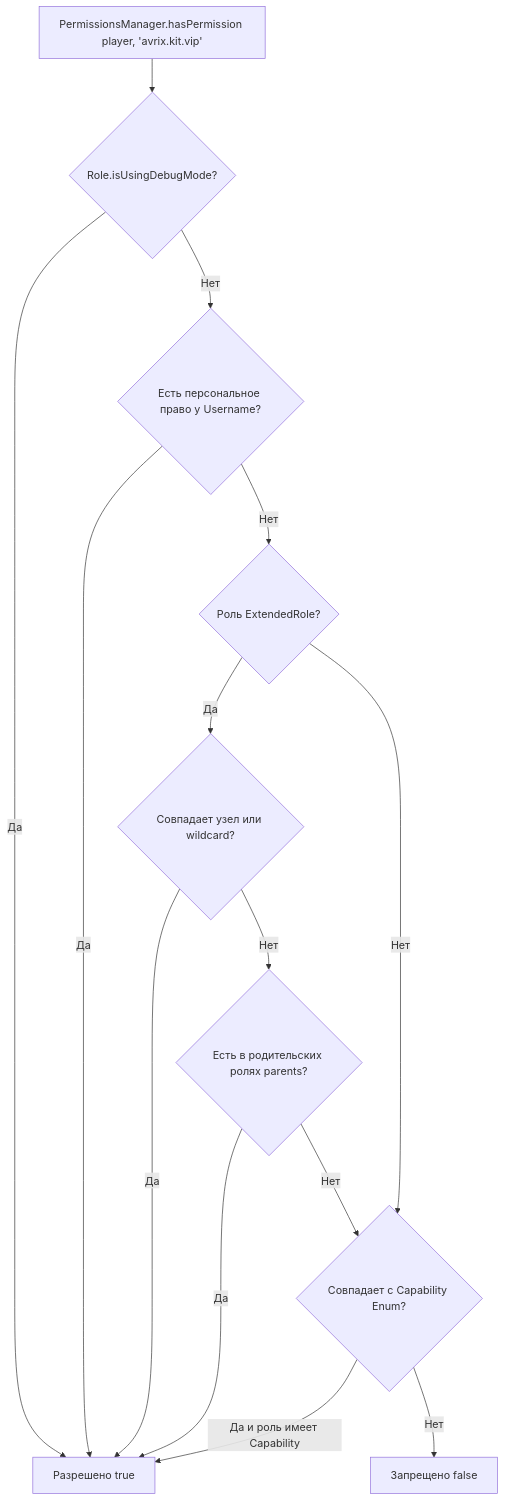
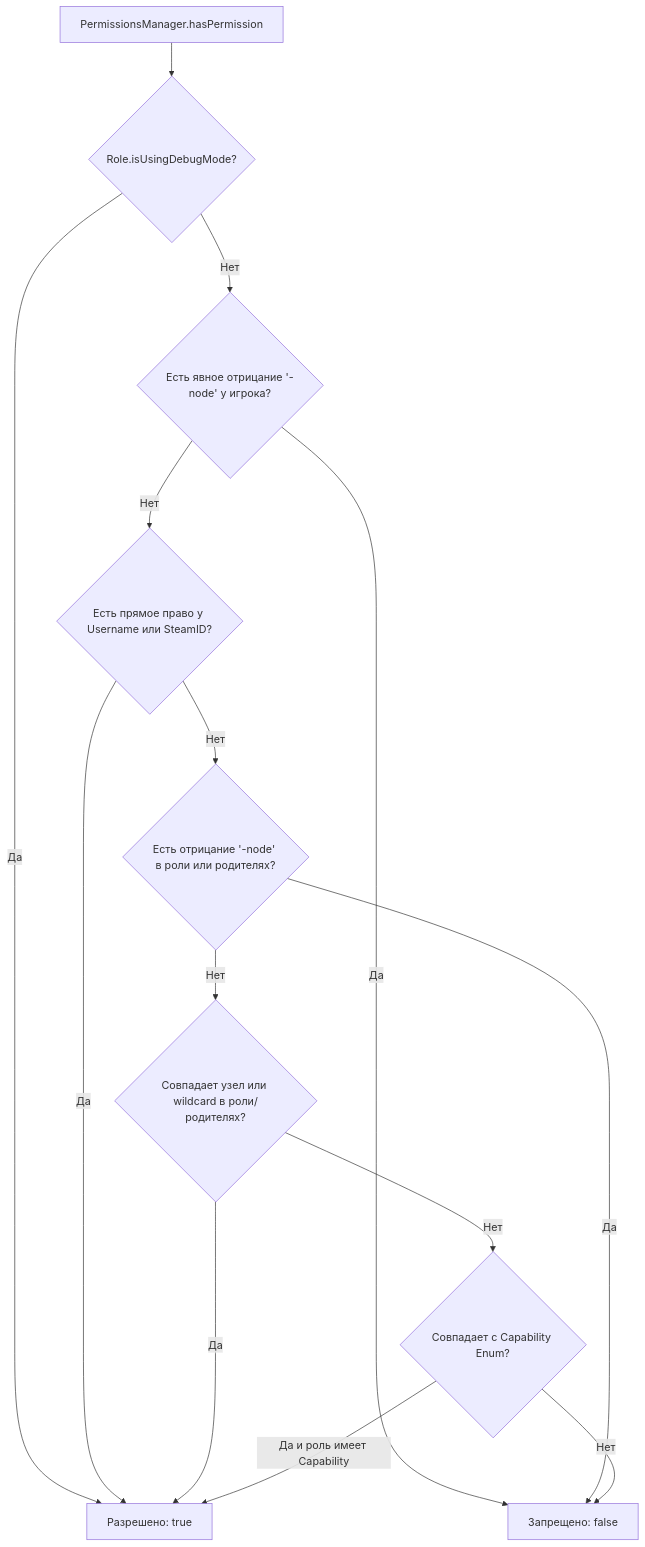
One commit to Brov3r/Avrix-API changed the diagram in wiki/ru-RU/wiki-permissions.md. Above: the diagram before and after it, drawn with Mermaid. The commit also changed other lines of this file and 15 other files, not shown here.

````diff
--- a/wiki/ru-RU/wiki-permissions.md
+++ b/wiki/ru-RU/wiki-permissions.md
@@ -109,19 +199,21 @@
 ```mermaid
 flowchart TD
-    Check[PermissionsManager.hasPermission player, 'avrix.kit.vip'] --> Debug{Role.isUsingDebugMode?}
-    Debug -- Да --> Allow[Разрешено true]
-    Debug -- Нет --> Personal{Есть персональное право у Username?}
+    Start[PermissionsManager.hasPermission] --> Debug{Role.isUsingDebugMode?}
+    Debug -- Да --> Allow[Разрешено: true]
+    Debug -- Нет --> NegCheck{Есть явное отрицание '-node' у игрока?}
     
-    Personal -- Да --> Allow
-    Personal -- Нет --> RoleCheck{Роль ExtendedRole?}
+    NegCheck -- Да --> Deny[Запрещено: false]
+    NegCheck -- Нет --> DirectCheck{Есть прямое право у Username или SteamID?}
     
-    RoleCheck -- Да --> ERCheck{Совпадает узел или wildcard?}
-    ERCheck -- Да --> Allow
-    ERCheck -- Нет --> Inherit{Есть в родительских ролях parents?}
-    Inherit -- Да --> Allow
-    Inherit -- Нет --> CapCheck{Совпадает с Capability Enum?}
+    DirectCheck -- Да --> Allow
+    DirectCheck -- Нет --> RoleNeg{Есть отрицание '-node' в роли или родителях?}
     
-    RoleCheck -- Нет --> CapCheck
+    RoleNeg -- Да --> Deny
+    RoleNeg -- Нет --> RoleCheck{Совпадает узел или wildcard в роли/родителях?}
+    
+    RoleCheck -- Да --> Allow
+    RoleCheck -- Нет --> CapCheck{Совпадает с Capability Enum?}
+    
     CapCheck -- Да и роль имеет Capability --> Allow
-    CapCheck -- Нет --> Deny[Запрещено false]
+    CapCheck -- Нет --> Deny
 ```
````
